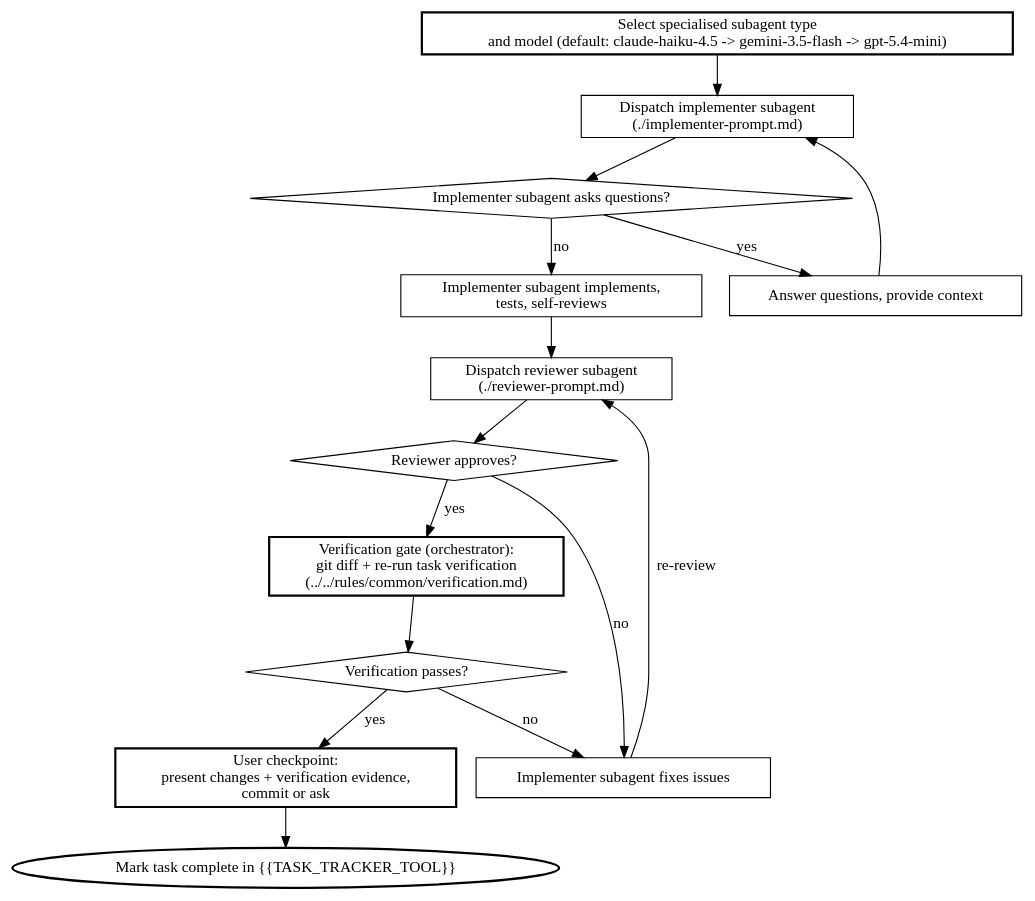
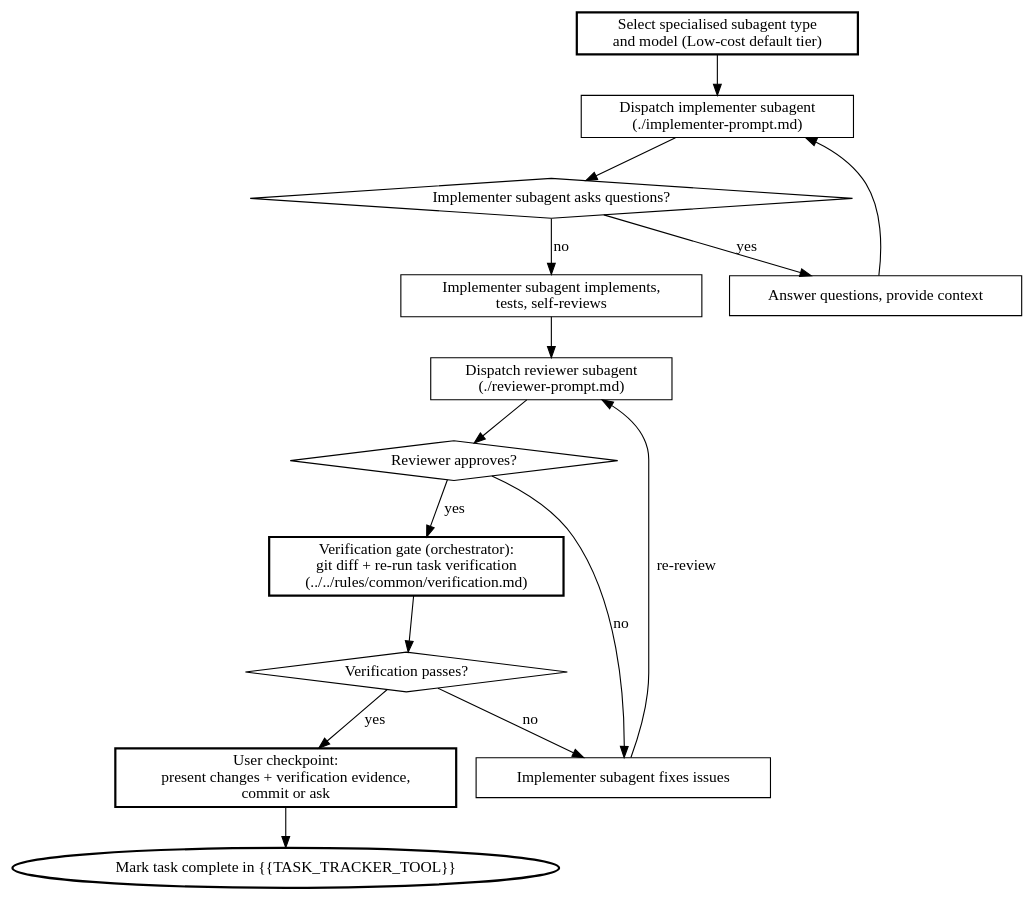
One commit to philipobenito/elelem changed the diagram in skills/subagent-driven-development/SKILL.md. Above: the diagram before and after it, drawn with Graphviz. The commit also changed other lines of this file and 7 other files, not shown here.

````diff
--- a/skills/subagent-driven-development/SKILL.md
+++ b/skills/subagent-driven-development/SKILL.md
@@ -87,33 +87,33 @@
 ```dot
 digraph per_task_pipeline {
     rankdir=TB;
 
-    "Select specialised subagent type\nand model (default: claude-haiku-4.5 -> gemini-3.5-flash -> gpt-5.4-mini)" [shape=box, style=bold];
+    "Select specialised subagent type\nand model (Low-cost default tier)" [shape=box, style=bold];
     "Dispatch implementer subagent\n(./implementer-prompt.md)" [shape=box];
     "Implementer subagent asks questions?" [shape=diamond];
     "Answer questions, provide context" [shape=box];
     "Implementer subagent implements,\ntests, self-reviews" [shape=box];
     "Dispatch reviewer subagent\n(./reviewer-prompt.md)" [shape=box];
     "Reviewer approves?" [shape=diamond];
     "Implementer subagent fixes issues" [shape=box];
     "Verification gate (orchestrator):\ngit diff + re-run task verification\n(../../rules/common/verification.md)" [shape=box, style=bold];
     "Verification passes?" [shape=diamond];
     "User checkpoint:\npresent changes + verification evidence,\ncommit or ask" [shape=box, style=bold];
     "Mark task complete in {{TASK_TRACKER_TOOL}}" [style=bold];
 
-    "Select specialised subagent type\nand model (default: claude-haiku-4.5 -> gemini-3.5-flash -> gpt-5.4-mini)" -> "Dispatch implementer subagent\n(./implementer-prompt.md)";
+    "Select specialised subagent type\nand model (Low-cost default tier)" -> "Dispatch implementer subagent\n(./implementer-prompt.md)";
     "Dispatch implementer subagent\n(./implementer-prompt.md)" -> "Implementer subagent asks questions?";
     "Implementer subagent asks questions?" -> "Answer questions, provide context" [label="yes"];
     "Answer questions, provide context" -> "Dispatch implementer subagent\n(./implementer-prompt.md)";
     "Implementer subagent asks questions?" -> "Implementer subagent implements,\ntests, self-reviews" [label="no"];
     "Implementer subagent implements,\ntests, self-reviews" -> "Dispatch reviewer subagent\n(./reviewer-prompt.md)";
     "Dispatch reviewer subagent\n(./reviewer-prompt.md)" -> "Reviewer approves?";
     "Reviewer approves?" -> "Implementer subagent fixes issues" [label="no"];
     "Implementer subagent fixes issues" -> "Dispatch reviewer subagent\n(./reviewer-prompt.md)" [label="re-review"];
     "Reviewer approves?" -> "Verification gate (orchestrator):\ngit diff + re-run task verification\n(../../rules/common/verification.md)" [label="yes"];
     "Verification gate (orchestrator):\ngit diff + re-run task verification\n(../../rules/common/verification.md)" -> "Verification passes?";
     "Verification passes?" -> "Implementer subagent fixes issues" [label="no"];
     "Verification passes?" -> "User checkpoint:\npresent changes + verification evidence,\ncommit or ask" [label="yes"];
     "User checkpoint:\npresent changes + verification evidence,\ncommit or ask" -> "Mark task complete in {{TASK_TRACKER_TOOL}}";
 }
 ```
````
